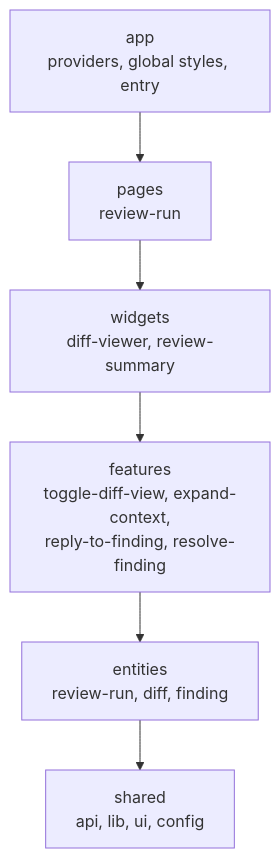
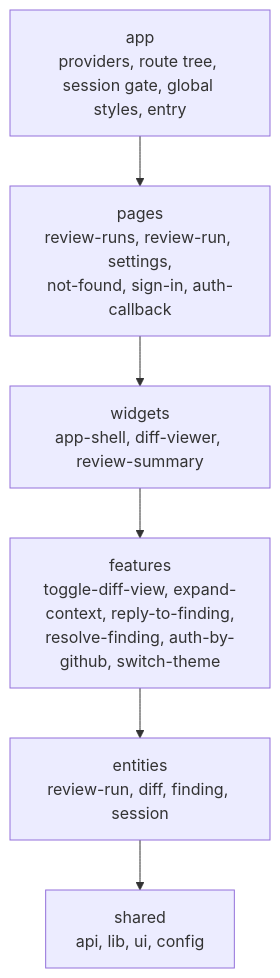
Before and after one commit to larchanka-training/dmc-268-ui-t3: the first of 2 diagrams in FRONTEND_ARCHITECTURE.md, drawn with Mermaid. The commit also changed other lines of this file and 121 other files, not shown here.

First line of the commit message:
feat: GitHub sign-in and app shell with routing and themes

````diff
--- a/FRONTEND_ARCHITECTURE.md
+++ b/FRONTEND_ARCHITECTURE.md
@@ -9,9 +9,9 @@
 ```mermaid
 flowchart TD
-  app["app<br/>providers, global styles, entry"] --> pages
-  pages["pages<br/>review-run"] --> widgets
-  widgets["widgets<br/>diff-viewer, review-summary"] --> features
-  features["features<br/>toggle-diff-view, expand-context,<br/>reply-to-finding, resolve-finding"] --> entities
-  entities["entities<br/>review-run, diff, finding"] --> shared
+  app["app<br/>providers, route tree, session gate, global styles, entry"] --> pages
+  pages["pages<br/>review-runs, review-run, settings,<br/>not-found, sign-in, auth-callback"] --> widgets
+  widgets["widgets<br/>app-shell, diff-viewer, review-summary"] --> features
+  features["features<br/>toggle-diff-view, expand-context, reply-to-finding,<br/>resolve-finding, auth-by-github, switch-theme"] --> entities
+  entities["entities<br/>review-run, diff, finding, session"] --> shared
   shared["shared<br/>api, lib, ui, config"]
 ```
````
